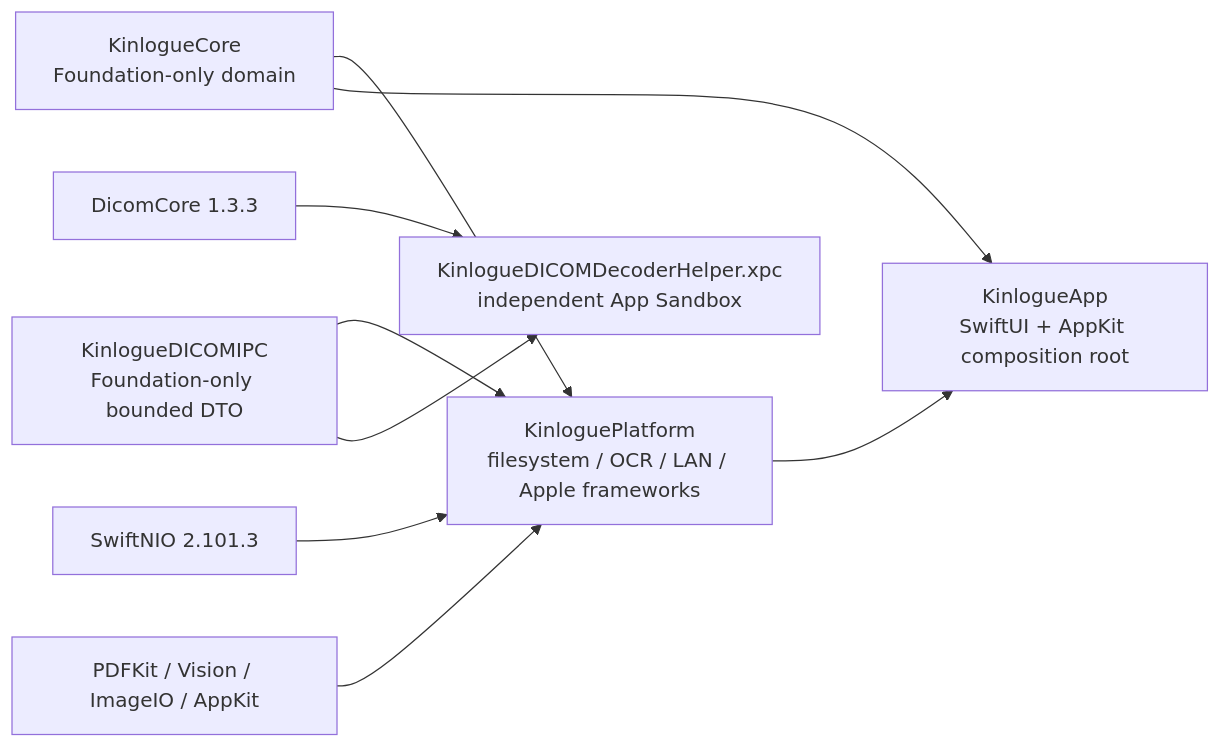
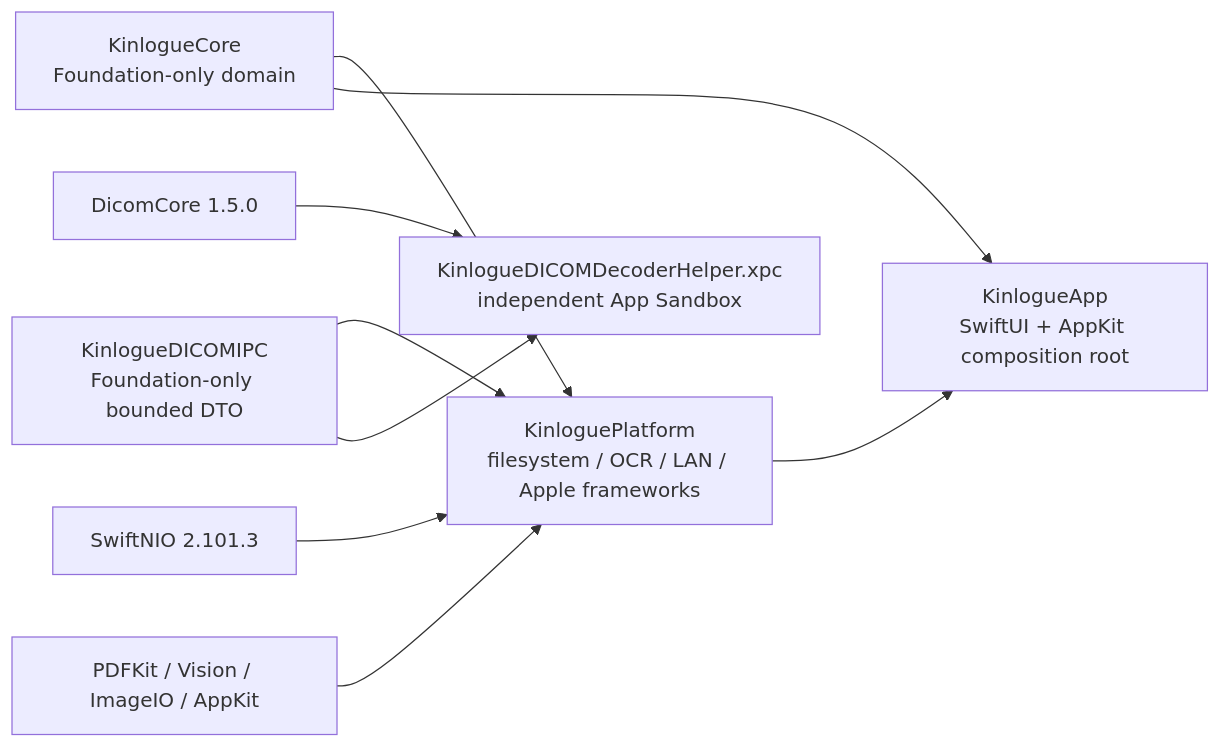
One commit to renyijiu/kinlogue changed the first of 4 diagrams in docs/architecture.md. Above: the diagram before and after it, drawn with Mermaid. The commit also changed other lines of this file and 51 other files, not shown here.

````diff
--- a/docs/architecture.md
+++ b/docs/architecture.md
@@ -7,19 +7,19 @@
 ```mermaid
 flowchart LR
   Core["KinlogueCore\nFoundation-only domain"]
   Platform["KinloguePlatform\nfilesystem / OCR / LAN / Apple frameworks"]
   App["KinlogueApp\nSwiftUI + AppKit composition root"]
   NIO["SwiftNIO 2.101.3"]
   Apple["PDFKit / Vision / ImageIO / AppKit"]
   IPC["KinlogueDICOMIPC\nFoundation-only bounded DTO"]
   Helper["KinlogueDICOMDecoderHelper.xpc\nindependent App Sandbox"]
-  Dicom["DicomCore 1.3.3"]
+  Dicom["DicomCore 1.5.0"]
   Core --> Platform
   Core --> App
   Platform --> App
   NIO --> Platform
   Apple --> Platform
   IPC --> Platform
   IPC --> Helper
   Dicom --> Helper
 ```
````
